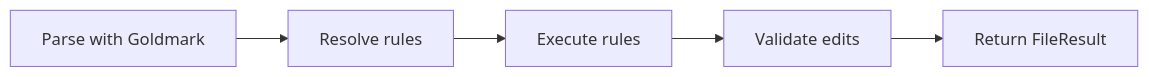
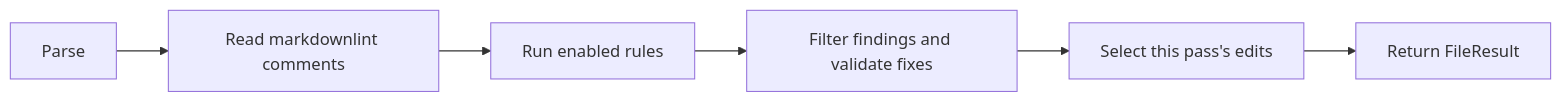
Before and after one commit to yaklabco/gomdlint: the third of 12 diagrams in docs/ARCHITECTURE.md, drawn with Mermaid. The commit also changed other lines of this file and 14 other files, not shown here.

````diff
--- a/docs/ARCHITECTURE.md
+++ b/docs/ARCHITECTURE.md
@@ -149,7 +223,8 @@
 ```mermaid
 flowchart LR
-    A[Parse with Goldmark] --> B[Resolve rules]
-    B --> C[Execute rules]
-    C --> D[Validate edits]
-    D --> E[Return FileResult]
+    A[Parse] --> B[Read markdownlint comments]
+    B --> C[Run enabled rules]
+    C --> D[Filter findings and validate fixes]
+    D --> E[Select this pass's edits]
+    E --> F[Return FileResult]
 ```
````
